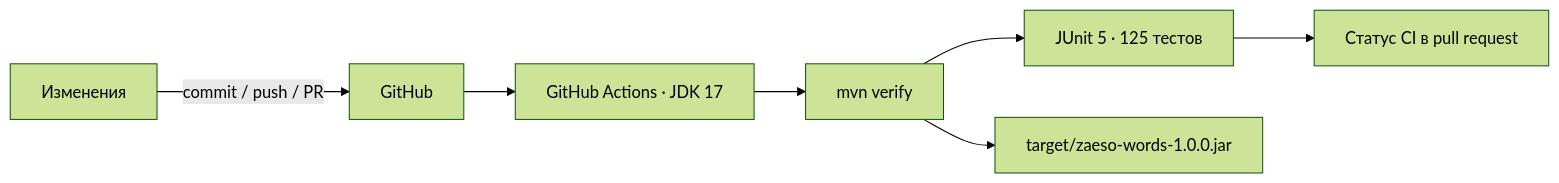
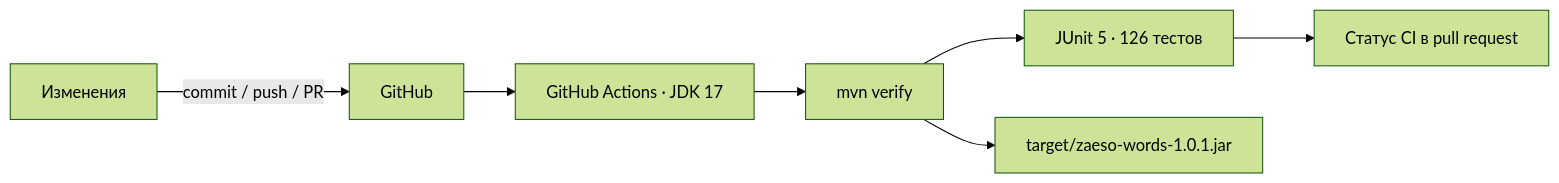
One commit to zaeso/zaeso-Words changed the third of 4 diagrams in zaeso-Words-Roadmap.md. Above: the diagram before and after it, drawn with Mermaid (forest theme). The commit also changed other lines of this file and 13 other files, not shown here.

````diff
--- a/zaeso-Words-Roadmap.md
+++ b/zaeso-Words-Roadmap.md
@@ -242,9 +253,9 @@
 ```mermaid
 flowchart LR
     DEV["Изменения"] -->|"commit / push / PR"| GH["GitHub"]
     GH --> CI["GitHub Actions · JDK 17"]
     CI --> MVN["mvn verify"]
-    MVN --> TESTS["JUnit 5 · 125 тестов"]
-    MVN --> JAR["target/zaeso-words-1.0.0.jar"]
+    MVN --> TESTS["JUnit 5 · 126 тестов"]
+    MVN --> JAR["target/zaeso-words-1.0.1.jar"]
     TESTS --> STATUS["Статус CI в pull request"]
 ```
````
